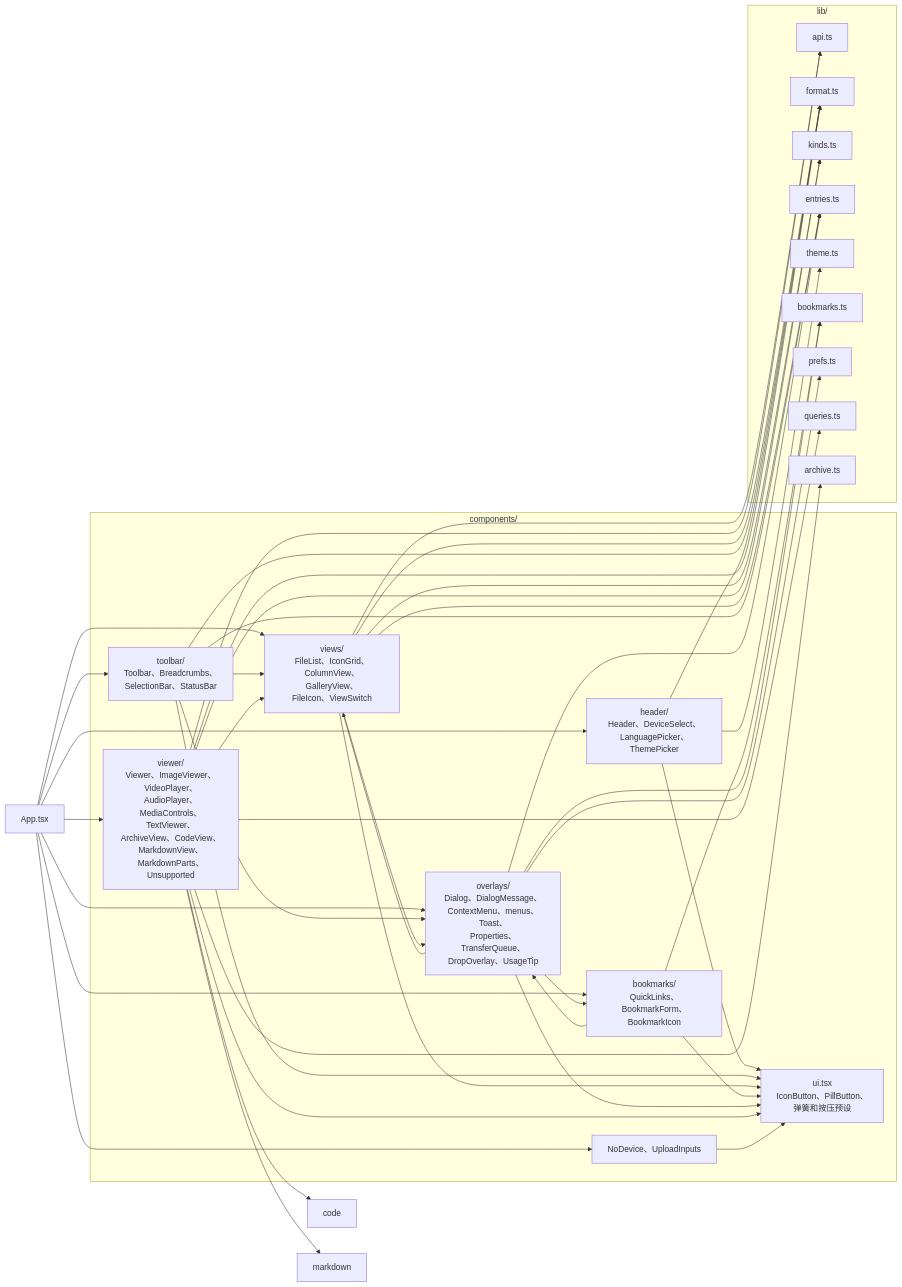
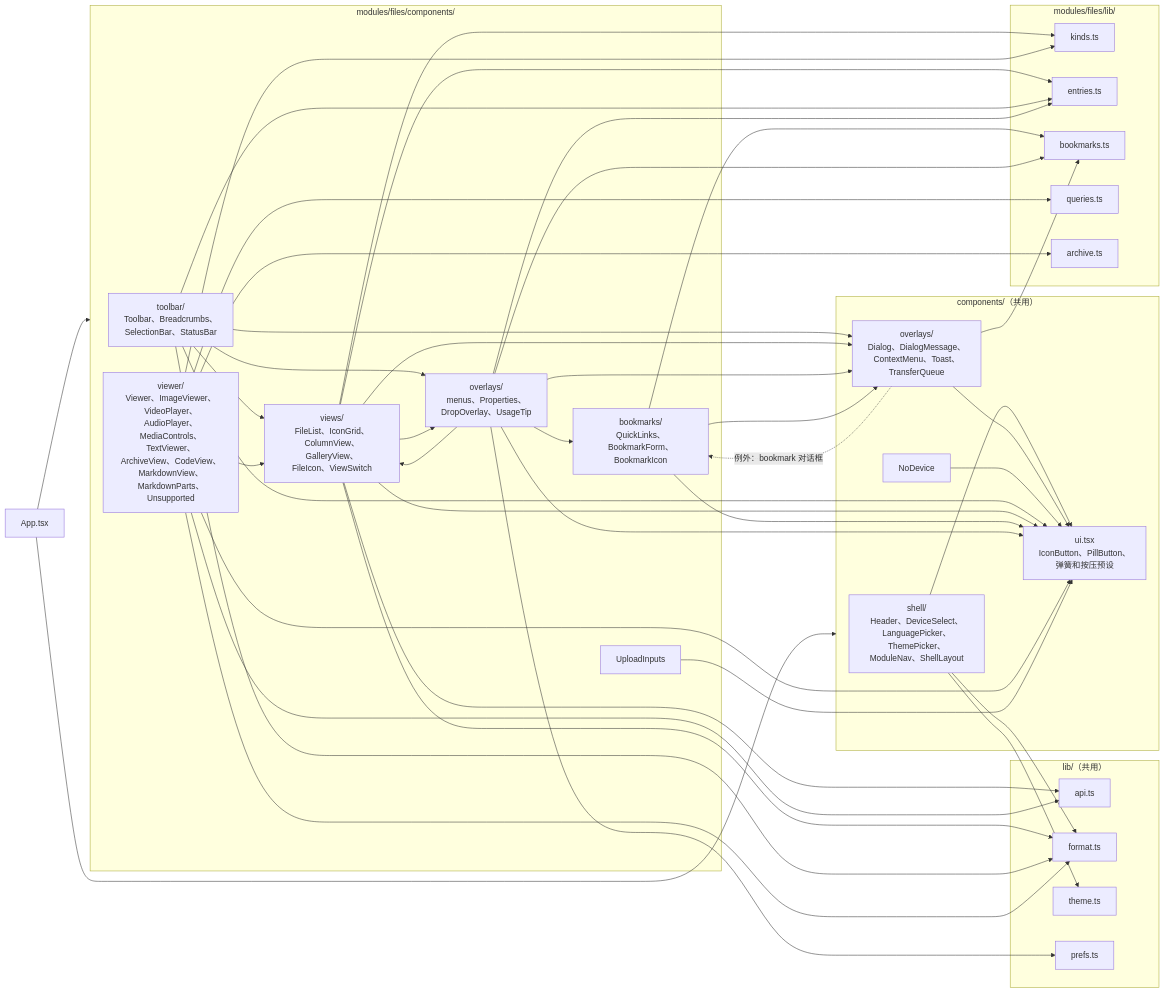
One commit to wynnyu/adb-file-manager changed the seventh of 12 diagrams in docs/architecture.md. Above: the diagram before and after it, drawn with Mermaid. The commit also changed other lines of this file and 3 other files, not shown here.

Commit message:
Document the shell and module layout

````diff
--- a/docs/architecture.md
+++ b/docs/architecture.md
@@ -278,44 +338,55 @@
 ```mermaid
 flowchart LR
   App["App.tsx"]
-  subgraph comps["components/"]
-    header["header/<br/>Header、DeviceSelect、<br/>LanguagePicker、ThemePicker"]
+  subgraph shellComps["components/（共用）"]
+    shell["shell/<br/>Header、DeviceSelect、<br/>LanguagePicker、ThemePicker、<br/>ModuleNav、ShellLayout"]
+    sharedOverlays["overlays/<br/>Dialog、DialogMessage、<br/>ContextMenu、Toast、<br/>TransferQueue"]
+    noDevice["NoDevice"]
+    ui["ui.tsx<br/>IconButton、PillButton、<br/>弹簧和按压预设"]
+  end
+  subgraph filesComps["modules/files/components/"]
     toolbar["toolbar/<br/>Toolbar、Breadcrumbs、<br/>SelectionBar、StatusBar"]
     views["views/<br/>FileList、IconGrid、<br/>ColumnView、GalleryView、<br/>FileIcon、ViewSwitch"]
     bm["bookmarks/<br/>QuickLinks、BookmarkForm、<br/>BookmarkIcon"]
-    overlays["overlays/<br/>Dialog、DialogMessage、<br/>ContextMenu、menus、Toast、<br/>Properties、TransferQueue、<br/>DropOverlay、UsageTip"]
+    overlays["overlays/<br/>menus、Properties、<br/>DropOverlay、UsageTip"]
     viewer["viewer/<br/>Viewer、ImageViewer、<br/>VideoPlayer、AudioPlayer、<br/>MediaControls、TextViewer、<br/>ArchiveView、CodeView、<br/>MarkdownView、MarkdownParts、<br/>Unsupported"]
-    misc["NoDevice、UploadInputs"]
-    ui["ui.tsx<br/>IconButton、PillButton、<br/>弹簧和按压预设"]
+    upload["UploadInputs"]
   end
-  subgraph lib["lib/"]
+  subgraph lib["lib/（共用）"]
     api["api.ts"]
     format["format.ts"]
+    theme["theme.ts"]
+    prefs["prefs.ts"]
+  end
+  subgraph filesLib["modules/files/lib/"]
     kinds["kinds.ts"]
     entries["entries.ts"]
-    theme["theme.ts"]
     bookmarksLib["bookmarks.ts"]
-    prefs["prefs.ts"]
     queries["queries.ts"]
     archiveLib["archive.ts"]
   end
 
-  App --> header & toolbar & views & bm & overlays & viewer & misc
-  header & toolbar & views & bm & overlays & viewer & misc --> ui
+  App --> shellComps
+  App --> filesComps
+  shell & sharedOverlays & noDevice & toolbar & views & bm & overlays & viewer & upload --> ui
   toolbar --> views
   toolbar --> overlays
+  toolbar --> sharedOverlays
   views --> overlays
+  views --> sharedOverlays
   overlays --> bm
   overlays --> views
-  bm --> overlays
+  overlays --> sharedOverlays
+  bm --> sharedOverlays
+  sharedOverlays -. "例外：bookmark 对话框" .-> bm
   views --> api
   views --> format & kinds & entries
   toolbar --> format & entries
-  header --> format & theme
+  shell --> format & theme
   bm --> bookmarksLib
+  sharedOverlays --> bookmarksLib
   overlays --> bookmarksLib & entries & prefs
   viewer --> views
-  viewer --> api & queries & format & kinds & code
-  viewer --> markdown
+  viewer --> api & queries & format & kinds
   viewer --> archiveLib
 ```
````
